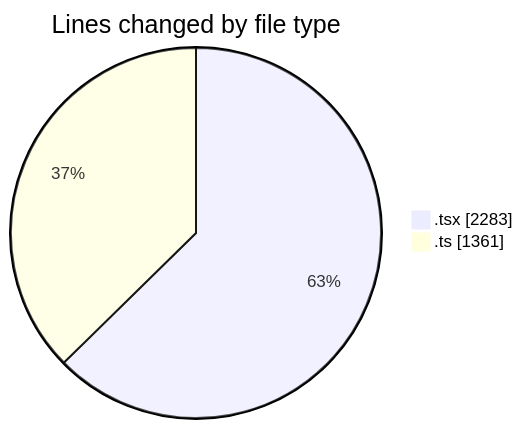
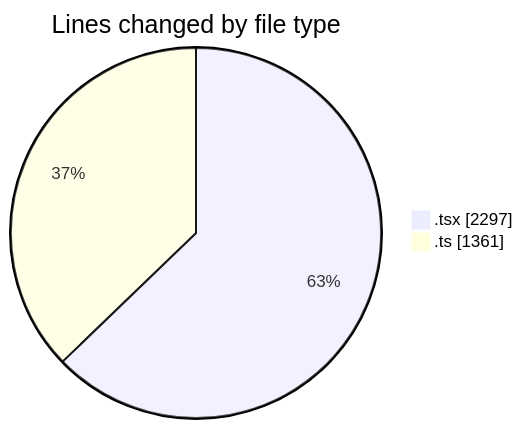
One commit to nxtqubesakshisongat/code-tracking changed the first of 2 diagrams in 2026-03-06/nxtqube_webapp/README.md. Above: the diagram before and after it, drawn with Mermaid. The commit also changed other lines of this file and 1 other file, not shown here.

````diff
--- a/2026-03-06/nxtqube_webapp/README.md
+++ b/2026-03-06/nxtqube_webapp/README.md
@@ -29,6 +29,6 @@
 ```mermaid
 pie showData
 title Lines changed by file type
-".tsx" : 2283
+".tsx" : 2297
 ".ts" : 1361
 ```
````
